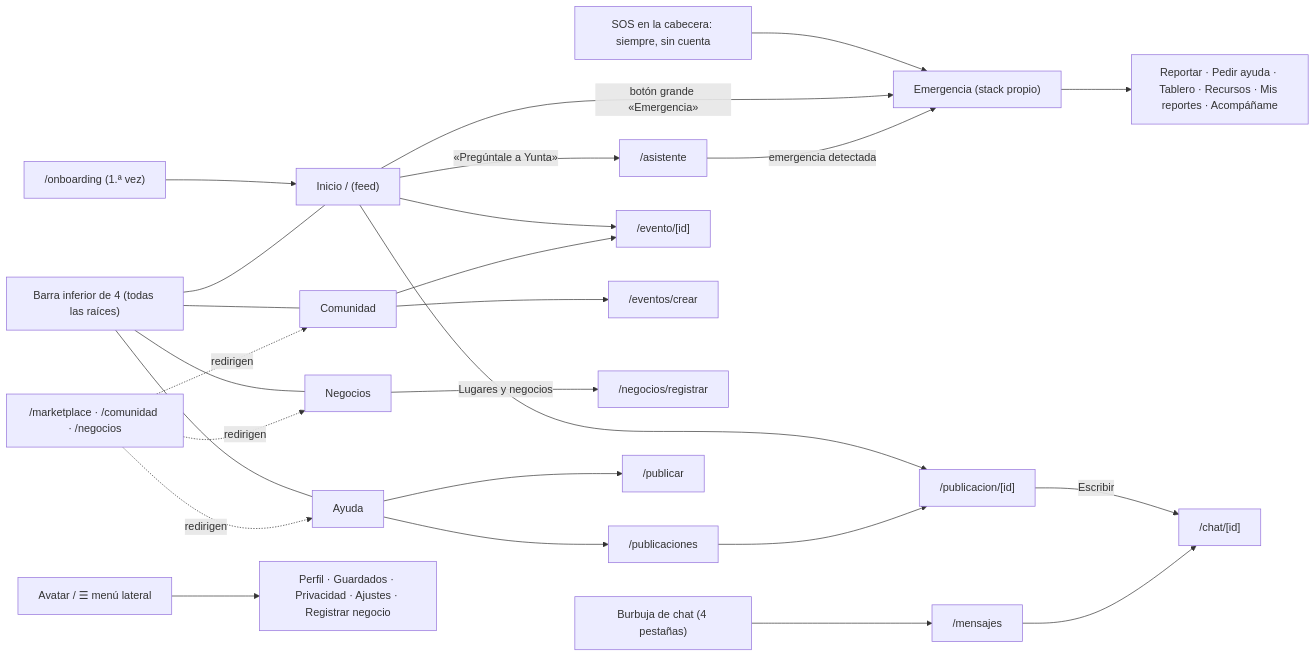
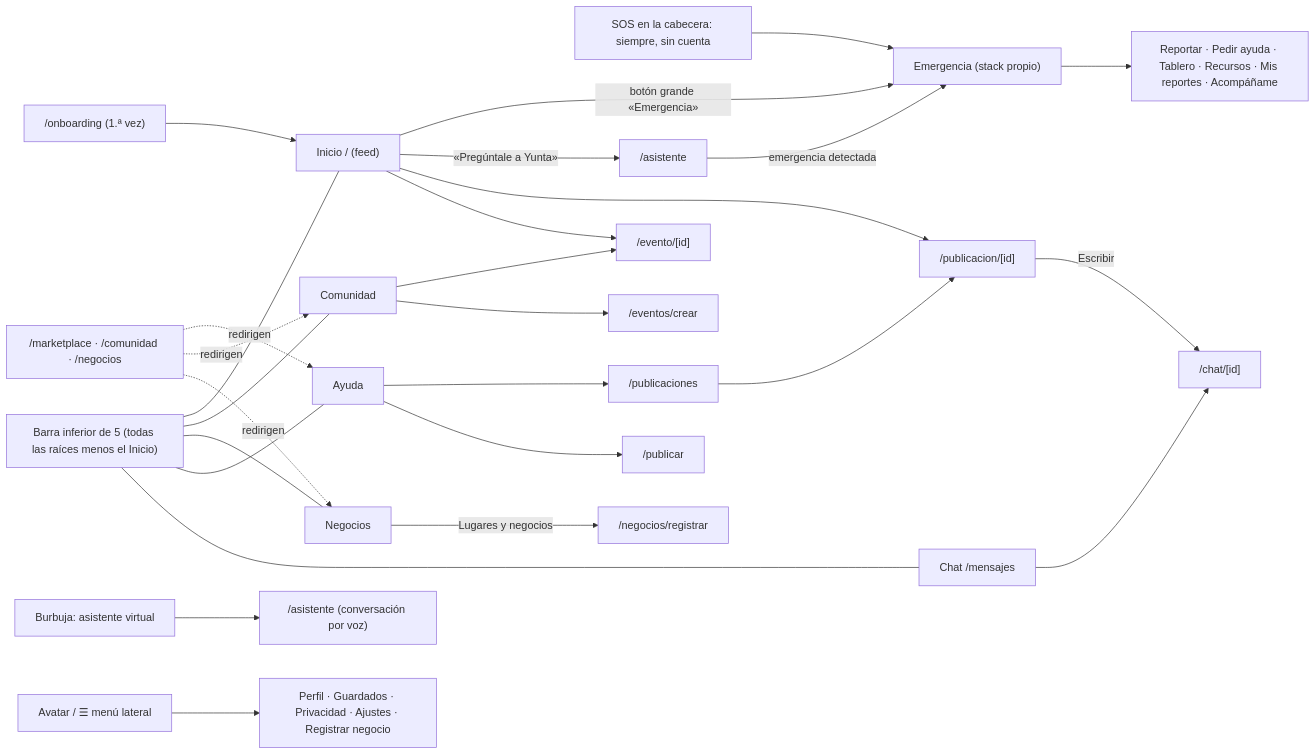
Before and after one commit to Shine299/Hackaton-Comercio-Team: the fourth of 4 diagrams in README.md, drawn with Mermaid. The commit also changed other lines of this file and 16 other files, not shown here.

First line of the commit message:
Navegación: barra de 5 pestañas con Chat, Ayuda en lugar de Marketplace y Inicio reordenado (SPEC-051, ADR 0007)

````diff
--- a/README.md
+++ b/README.md
@@ -248,24 +249,24 @@
 ```mermaid
 flowchart LR
   OB["/onboarding (1.ª vez)"] --> HOME
 
-  BAR["Barra inferior de 4 (todas las raíces)"] --- HOME["Inicio / (feed)"] & EVE["Comunidad"] & EXP["Negocios"] & MKT["Ayuda"]
-  FAB["Burbuja de chat (4 pestañas)"] --> CHAT["/mensajes"]
+  BAR["Barra inferior de 5 (todas las raíces menos el Inicio)"] --- HOME["Inicio / (feed)"] & EVE["Comunidad"] & EXP["Negocios"] & MKT["Ayuda"] & CHAT["Chat /mensajes"]
+  FAB["Burbuja: asistente virtual"] --> ASI2["/asistente (conversación por voz)"]
   SOS["SOS en la cabecera: siempre, sin cuenta"] --> EME["Emergencia (stack propio)"]
   HOME -->|botón grande «Emergencia»| EME
   HOME -->|«Pregúntale a Yunta»| ASI["/asistente"]
   ASI -->|emergencia detectada| EME
   MENU["Avatar / ☰ menú lateral"] --> PER["Perfil · Guardados · Privacidad · Ajustes · Registrar negocio"]
 
   HOME --> DET["/publicacion/[id]"]
   HOME --> EVD["/evento/[id]"]
   EVE --> EVD
   EVE --> EVC["/eventos/crear"]
   EXP -->|Lugares y negocios| REG["/negocios/registrar"]
   MKT --> LIST["/publicaciones"] --> DET
   MKT --> PUB["/publicar"]
   DET -->|Escribir| CHT["/chat/[id]"]
   CHAT --> CHT
   EME --> REP["Reportar · Pedir ayuda · Tablero · Recursos · Mis reportes · Acompáñame"]
   OLD["/marketplace · /comunidad · /negocios"] -.->|redirigen| MKT & EVE & EXP
 ```
````
